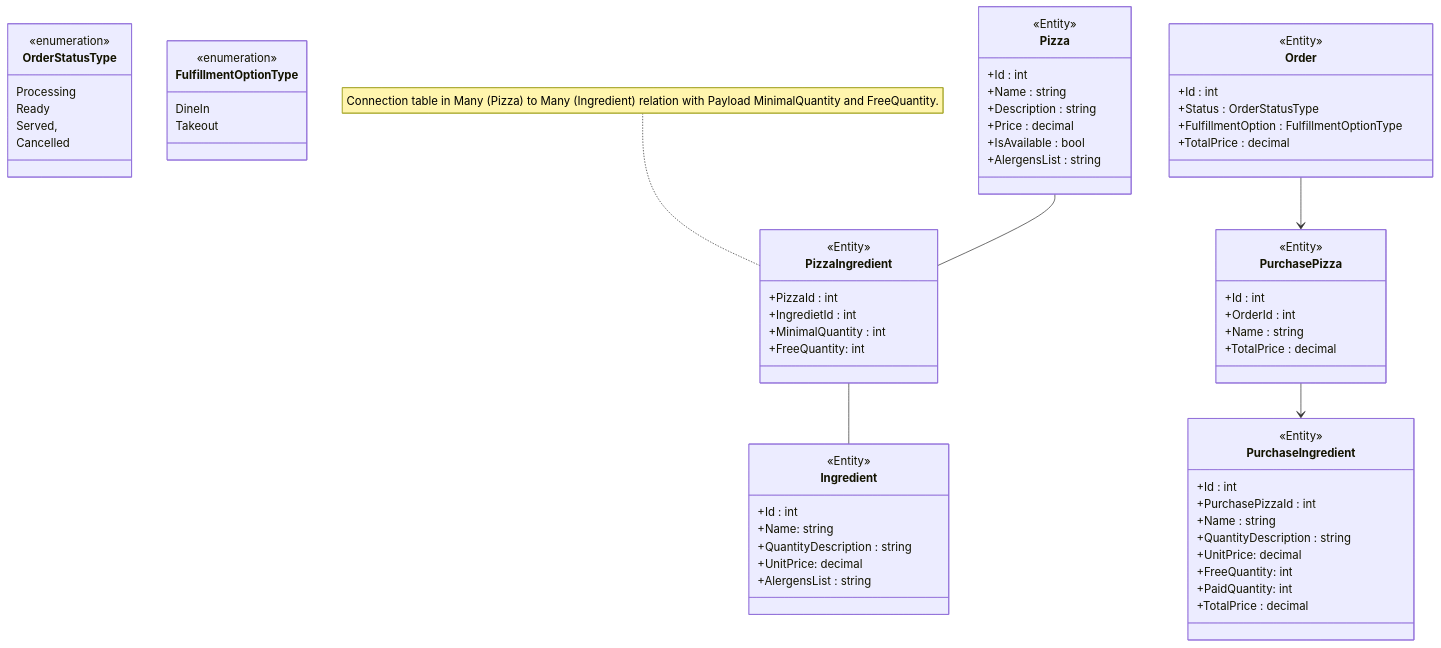
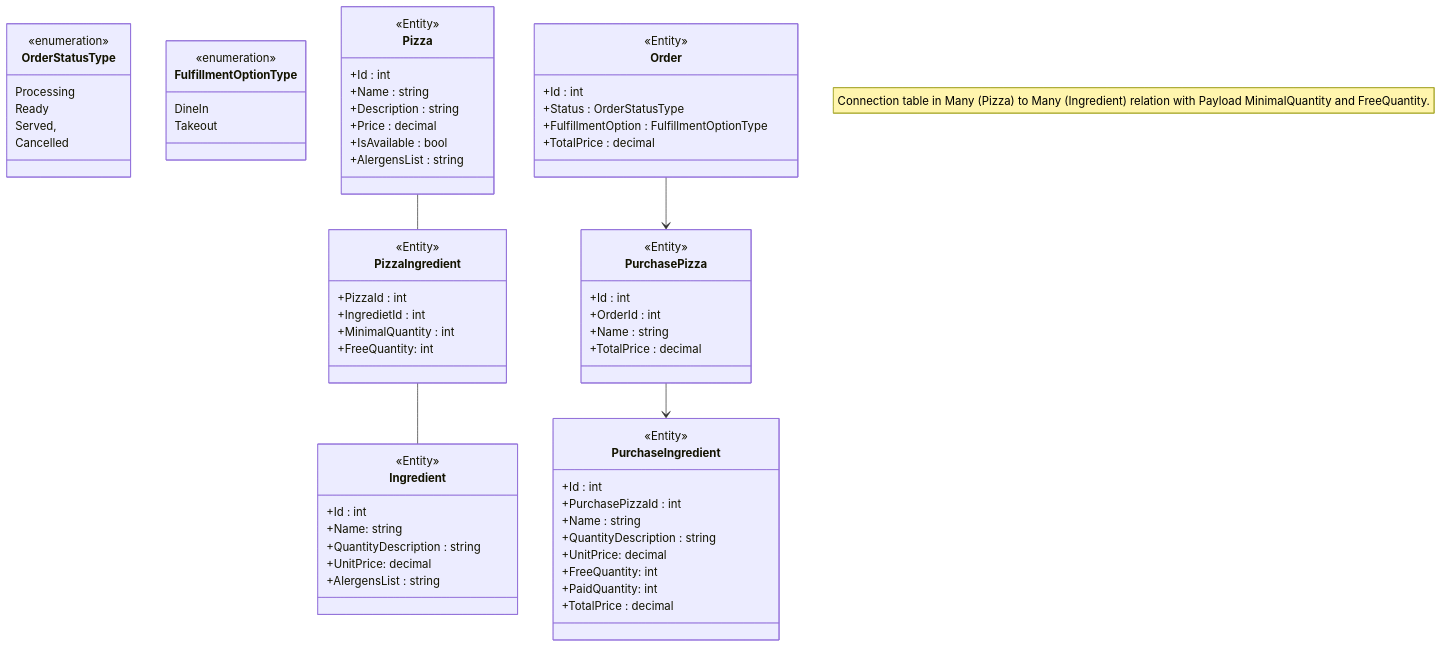
The first of 2 diagrams in AF/src/Utb.PizzaKiosk/README.md (ekral/FAI), drawn with Mermaid before and after one commit.

````diff
--- a/AF/src/Utb.PizzaKiosk/README.md
+++ b/AF/src/Utb.PizzaKiosk/README.md
@@ -175,78 +175,79 @@
 ```mermaid
 classDiagram
 
    class OrderStatusType{
       <<enumeration>>
       Processing
       Ready
       Served,
       Cancelled
    }
 
    class FulfillmentOptionType{
       <<enumeration>>
       DineIn
       Takeout
    }
 
    class Pizza {
       <<Entity>>
       +Id : int
       +Name : string
       +Description : string
       +Price : decimal
       +IsAvailable : bool
       +AlergensList : string
    }
 
-   note for PizzaIngredient "Connection table in Many (Pizza) to Many (Ingredient) relation with Payload MinimalQuantity and FreeQuantity."
+   note "Connection table in Many (Pizza) to Many (Ingredient) relation with Payload MinimalQuantity and FreeQuantity."
+
    class PizzaIngredient {
       <<Entity>>
       +PizzaId : int
       +IngredietId : int
       +MinimalQuantity : int
       +FreeQuantity: int
    }
 
   class Ingredient {
       <<Entity>>
       +Id : int
       +Name: string
       +QuantityDescription : string
       +UnitPrice: decimal
       +AlergensList : string
   }
 
   class Order {
       <<Entity>>
       +Id : int
       +Status : OrderStatusType
       +FulfillmentOption : FulfillmentOptionType
       +TotalPrice : decimal
    }
 
    class PurchasePizza {
       <<Entity>>
       +Id : int
       +OrderId : int
       +Name : string
       +TotalPrice : decimal
    }
 
    class PurchaseIngredient {
       <<Entity>>
       +Id : int
       +PurchasePizzaId : int
       +Name : string
       +QuantityDescription : string
       +UnitPrice: decimal
       +FreeQuantity: int
       +PaidQuantity: int
       +TotalPrice : decimal
    }
 
    Pizza -- PizzaIngredient
    PizzaIngredient -- Ingredient
    Order --> PurchasePizza
    PurchasePizza --> PurchaseIngredient
 ```
````
